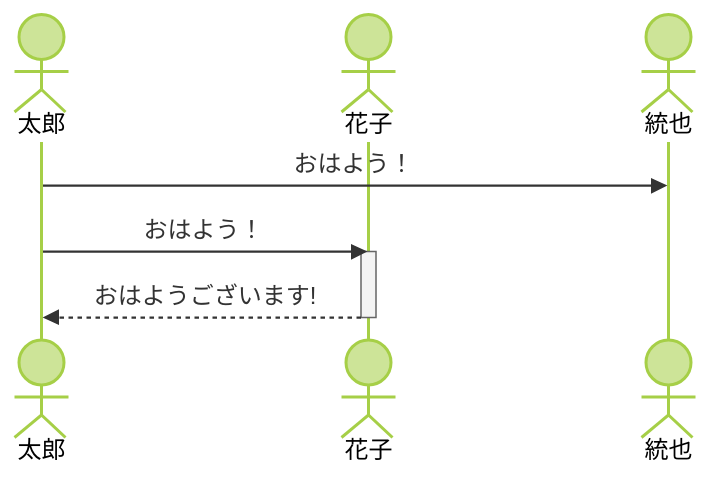
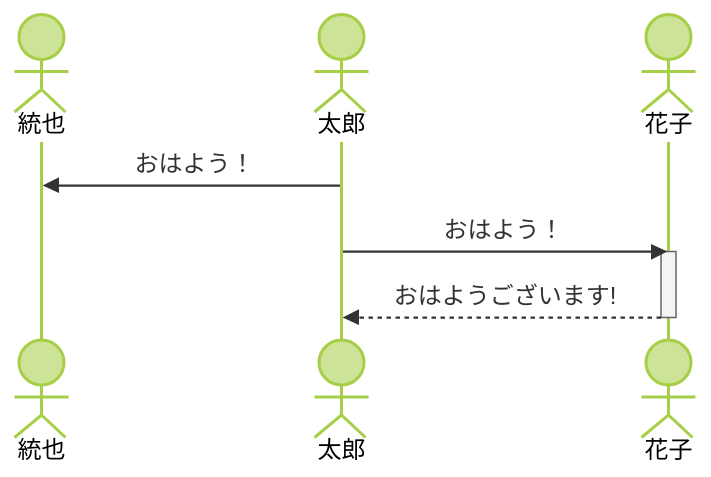
The second of 3 diagrams in README.md (KinoshitaToya/mermaid_test), drawn with Mermaid (forest theme) before and after one commit. The commit also changed other lines of this file, not shown here.

````diff
--- a/README.md
+++ b/README.md
@@ -37,11 +37,11 @@
 ```mermaid
 sequenceDiagram
+    actor 統也
     actor 太郎
     actor 花子
-    actor 統也
     太郎->>統也: おはよう！
     太郎->>花子: おはよう！
     activate 花子
     花子-->>太郎: おはようございます!
     deactivate 花子
 ```
````
